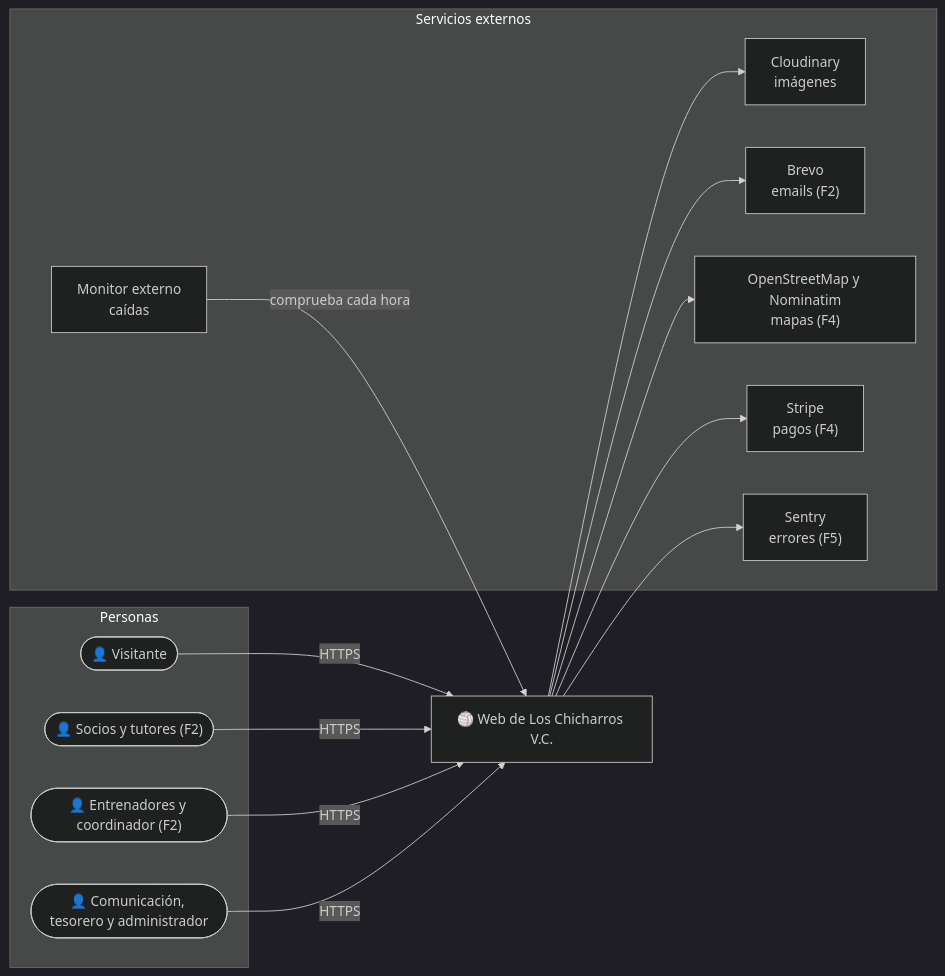
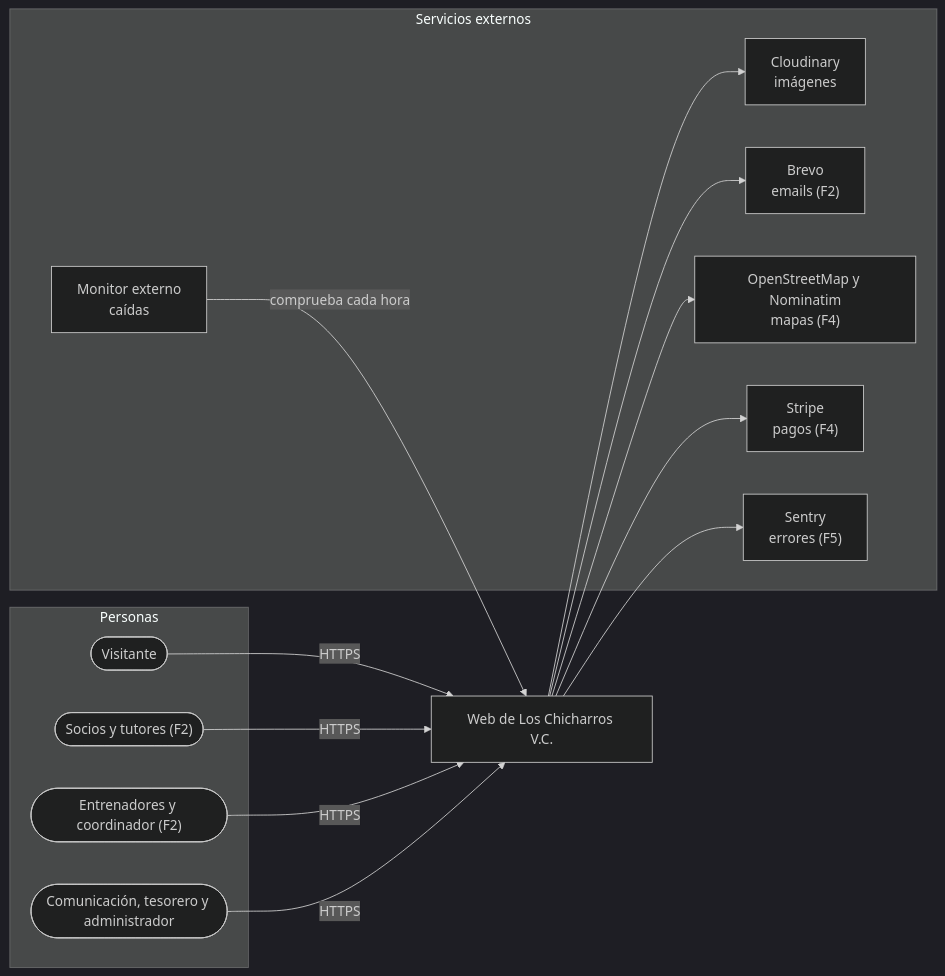
One commit to RodrigoSanmartinAlaejos/los-chicharros-vc changed the first of 4 diagrams in docs/03-arquitectura/arquitectura.md. Above: the diagram before and after it, drawn with Mermaid (dark theme). The commit also changed other lines of this file and 9 other files, not shown here.

Commit message:
docs(diagrams): add phase 1 sequence and state diagrams (#79)

````diff
--- a/docs/03-arquitectura/arquitectura.md
+++ b/docs/03-arquitectura/arquitectura.md
@@ -11,21 +11,21 @@
 ```mermaid
 flowchart LR
     subgraph Personas
-        V(["👤 Visitante"])
-        F(["👤 Socios y tutores (F2)"])
-        D(["👤 Entrenadores y coordinador (F2)"])
-        G(["👤 Comunicación, tesorero y administrador"])
+        V(["Visitante"])
+        F(["Socios y tutores (F2)"])
+        D(["Entrenadores y coordinador (F2)"])
+        G(["Comunicación, tesorero y administrador"])
     end
-    W["🏐 Web de Los Chicharros V.C."]
+    W["Web de Los Chicharros V.C."]
     subgraph Servicios externos
         CL["Cloudinary<br/>imágenes"]
         BR["Brevo<br/>emails (F2)"]
         OSM["OpenStreetMap y Nominatim<br/>mapas (F4)"]
         ST["Stripe<br/>pagos (F4)"]
         SE["Sentry<br/>errores (F5)"]
         MO["Monitor externo<br/>caídas"]
     end
     V & F & D & G -->|HTTPS| W
     W --> CL & BR & OSM & ST & SE
     MO -->|comprueba cada hora| W
 ```
````
